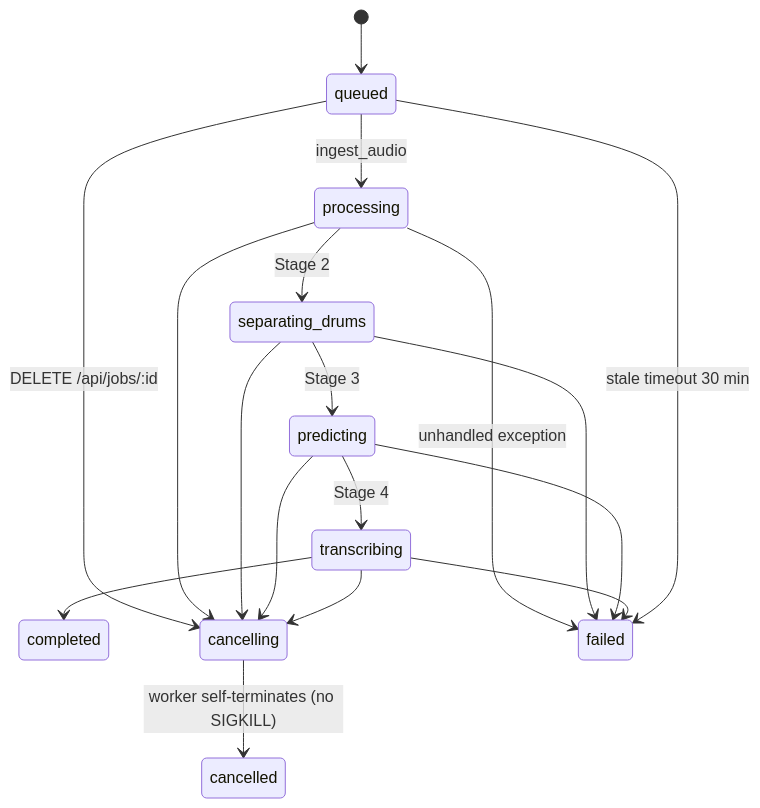
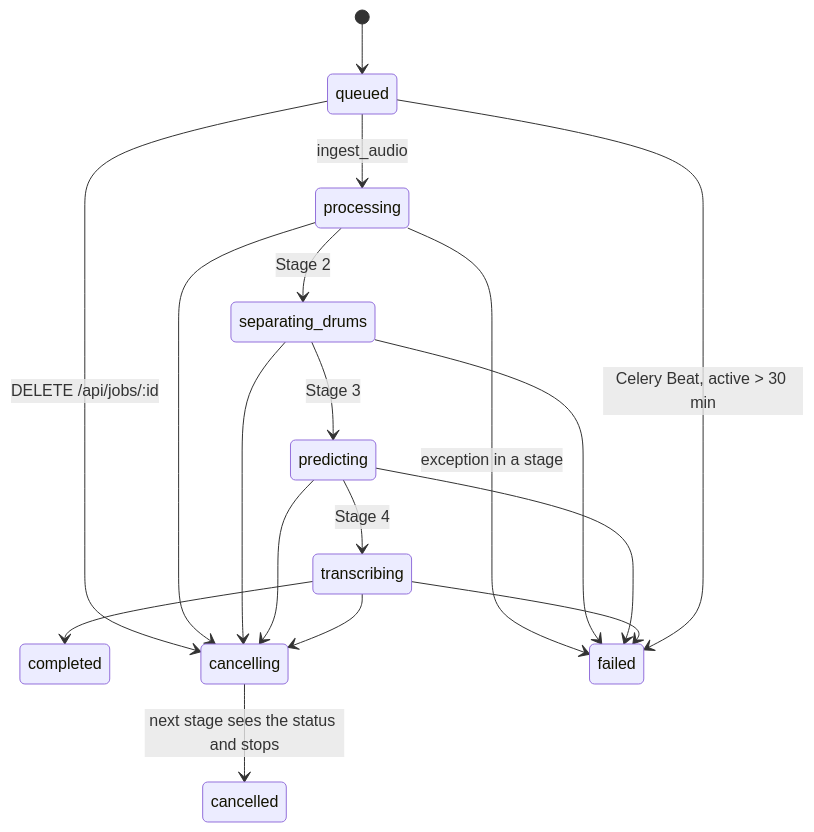
The third of 3 diagrams in README.md (MatPizzolo/Automatic-Drum-Transcription), drawn with Mermaid before and after one commit. The commit also changed other lines of this file and 1 other file, not shown here.

````diff
--- a/README.md
+++ b/README.md
@@ -140,22 +147,22 @@
 ```mermaid
 stateDiagram-v2
     [*] --> queued
     queued --> processing      : ingest_audio
     processing --> separating_drums : Stage 2
     separating_drums --> predicting : Stage 3
     predicting --> transcribing : Stage 4
     transcribing --> completed
 
     queued --> cancelling      : DELETE /api/jobs/:id
     processing --> cancelling
     separating_drums --> cancelling
     predicting --> cancelling
     transcribing --> cancelling
-    cancelling --> cancelled   : worker self-terminates (no SIGKILL)
+    cancelling --> cancelled   : next stage sees the status and stops
 
-    processing --> failed      : unhandled exception
+    processing --> failed      : exception in a stage
     separating_drums --> failed
     predicting --> failed
     transcribing --> failed
-    queued --> failed          : stale timeout 30 min
+    queued --> failed          : Celery Beat, active > 30 min
 ```
````
